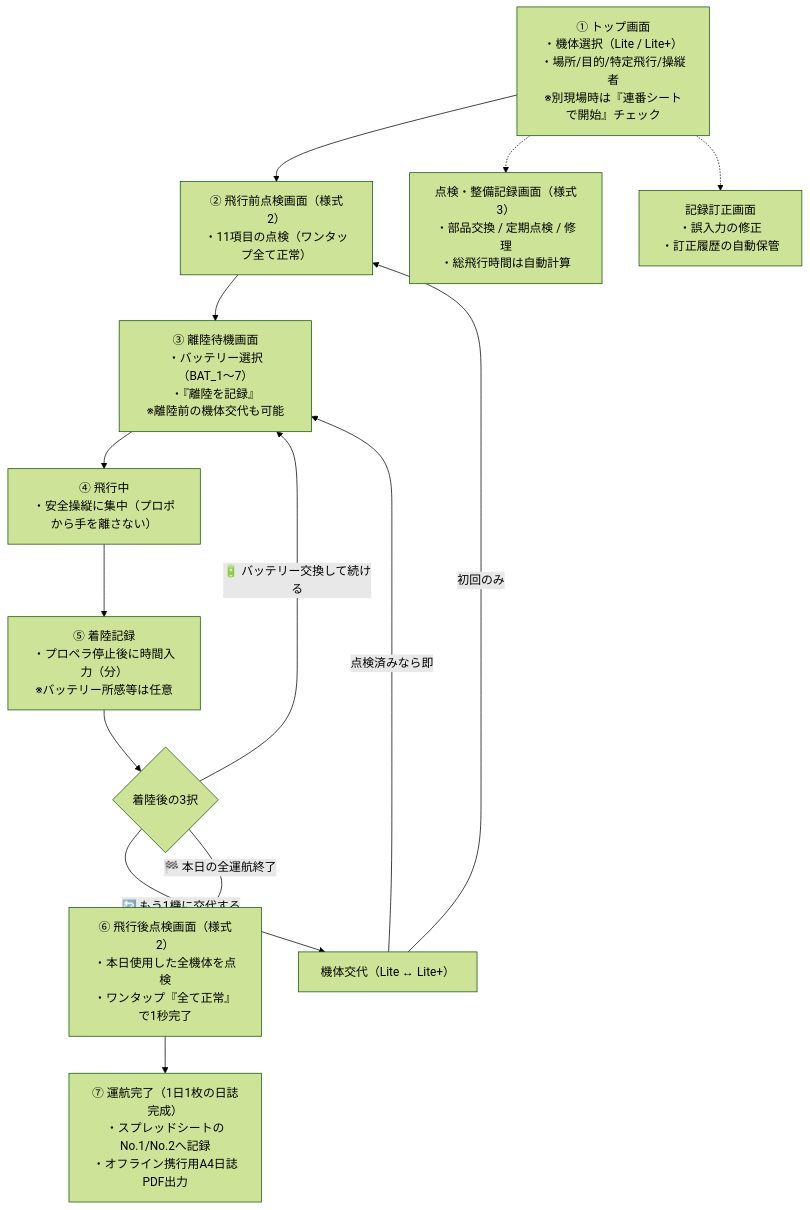
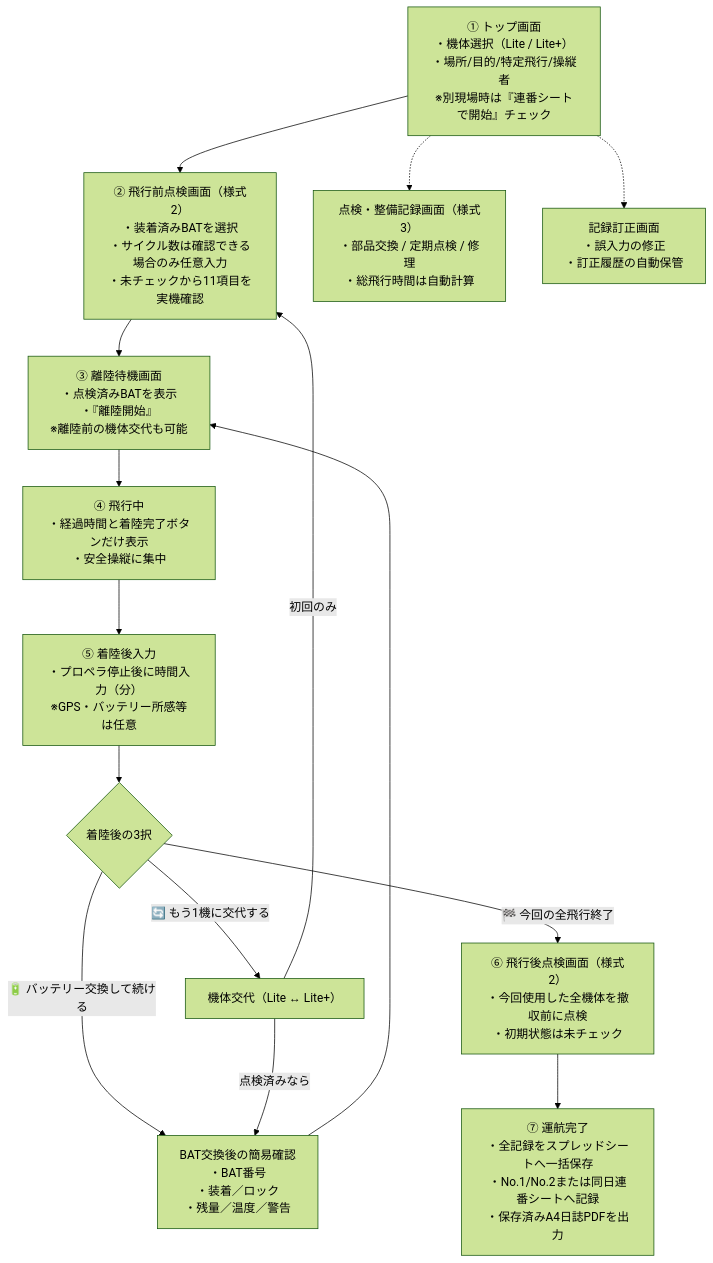
The diagram in 01_ドローン運航記録_設計書.md (ikifuse/autel-evo-lite-flight-log), drawn with Mermaid (forest theme) before and after one commit. The commit also changed other lines of this file and 2 other files, not shown here.

````diff
--- a/01_ドローン運航記録_設計書.md
+++ b/01_ドローン運航記録_設計書.md
@@ -38,19 +100,20 @@
 ```mermaid
 graph TD
-    Start["① トップ画面<br>・機体選択（Lite / Lite+）<br>・場所/目的/特定飛行/操縦者<br>※別現場時は『連番シートで開始』チェック"] --> Pre["② 飛行前点検画面（様式2）<br>・11項目の点検（ワンタップ全て正常）"]
-    Pre --> Ready["③ 離陸待機画面<br>・バッテリー選択（BAT_1〜7）<br>・『離陸を記録』<br>※離陸前の機体交代も可能"]
-    Ready --> Flying["④ 飛行中<br>・安全操縦に集中（プロポから手を離さない）"]
-    Flying --> Landing["⑤ 着陸記録<br>・プロペラ停止後に時間入力（分）<br>※バッテリー所感等は任意"]
+    Start["① トップ画面<br>・機体選択（Lite / Lite+）<br>・場所/目的/特定飛行/操縦者<br>※別現場時は『連番シートで開始』チェック"] --> Pre["② 飛行前点検画面（様式2）<br>・装着済みBATを選択<br>・サイクル数は確認できる場合のみ任意入力<br>・未チェックから11項目を実機確認"]
+    Pre --> Ready["③ 離陸待機画面<br>・点検済みBATを表示<br>・『離陸開始』<br>※離陸前の機体交代も可能"]
+    Ready --> Flying["④ 飛行中<br>・経過時間と着陸完了ボタンだけ表示<br>・安全操縦に集中"]
+    Flying --> Landing["⑤ 着陸後入力<br>・プロペラ停止後に時間入力（分）<br>※GPS・バッテリー所感等は任意"]
     
     Landing --> Choice{"着陸後の3択"}
-    Choice -->|"🔋 バッテリー交換して続ける"| Ready
+    Choice -->|"🔋 バッテリー交換して続ける"| Battery["BAT交換後の簡易確認<br>・BAT番号<br>・装着／ロック<br>・残量／温度／警告"]
+    Battery --> Ready
     Choice -->|"🔄 もう1機に交代する"| Switch["機体交代（Lite ↔ Lite+）"]
     Switch -->|"初回のみ"| Pre
-    Switch -->|"点検済みなら即"| Ready
-    Choice -->|"🏁 本日の全運航終了"| Post["⑥ 飛行後点検画面（様式2）<br>・本日使用した全機体を点検<br>・ワンタップ『全て正常』で1秒完了"]
+    Switch -->|"点検済みなら"| Battery
+    Choice -->|"🏁 今回の全飛行終了"| Post["⑥ 飛行後点検画面（様式2）<br>・今回使用した全機体を撤収前に点検<br>・初期状態は未チェック"]
     
-    Post --> Done["⑦ 運航完了（1日1枚の日誌完成）<br>・スプレッドシートのNo.1/No.2へ記録<br>・オフライン携行用A4日誌PDF出力"]
+    Post --> Done["⑦ 運航完了<br>・全記録をスプレッドシートへ一括保存<br>・No.1/No.2または同日連番シートへ記録<br>・保存済みA4日誌PDFを出力"]
 
     Start -.-> Maintenance["点検・整備記録画面（様式3）<br>・部品交換 / 定期点検 / 修理<br>・総飛行時間は自動計算"]
     Start -.-> Correction["記録訂正画面<br>・誤入力の修正<br>・訂正履歴の自動保管"]
 ```
````
